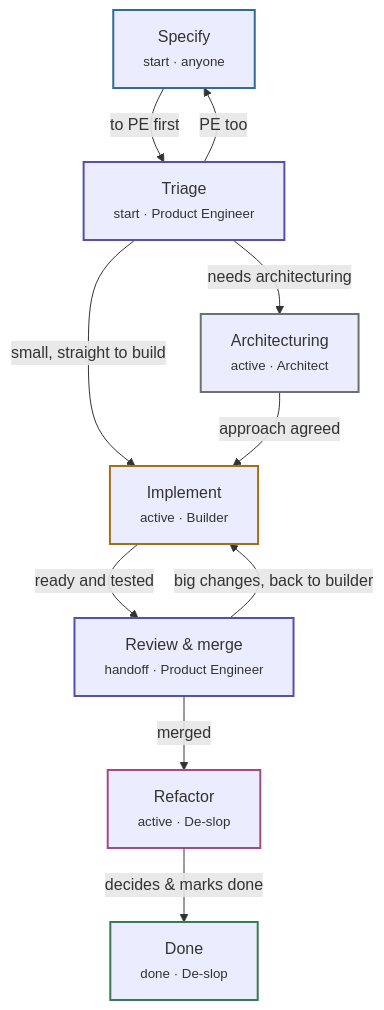
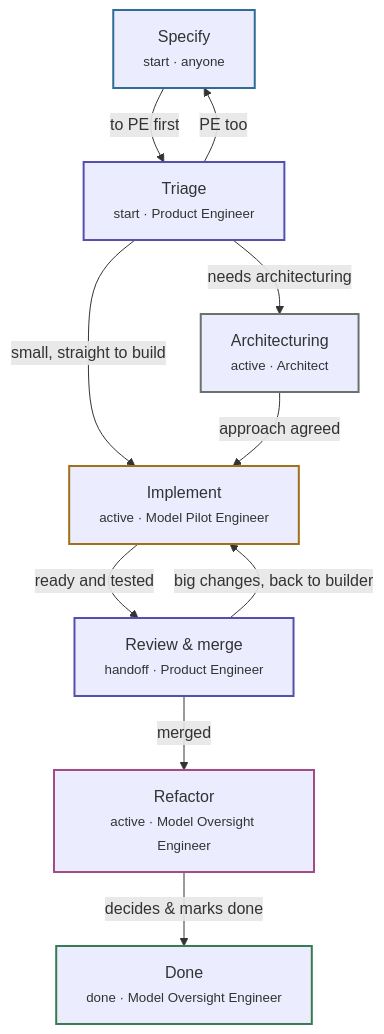
One commit to kashmithnisakya/flowline changed the third of 3 diagrams in docs/content/concepts/flow-lines.md. Above: the diagram before and after it, drawn with Mermaid. The commit also changed other lines of this file and 4 other files, not shown here.

First line of the commit message:
Rename the Builder and De-slop roles

````diff
--- a/docs/content/concepts/flow-lines.md
+++ b/docs/content/concepts/flow-lines.md
@@ -126,33 +126,33 @@
 ```mermaid
 flowchart TB
     S["Specify<br/><small>start · anyone</small>"]
     T["Triage<br/><small>start · Product Engineer</small>"]
     A["Architecturing<br/><small>active · Architect</small>"]
-    I["Implement<br/><small>active · Builder</small>"]
+    I["Implement<br/><small>active · Model Pilot Engineer</small>"]
     R["Review #amp; merge<br/><small>handoff · Product Engineer</small>"]
-    F["Refactor<br/><small>active · De-slop</small>"]
-    D["Done<br/><small>done · De-slop</small>"]
+    F["Refactor<br/><small>active · Model Oversight Engineer</small>"]
+    D["Done<br/><small>done · Model Oversight Engineer</small>"]
 
     S -- "to PE first" --> T
     T -- "PE too" --> S
     T -- "needs architecturing" --> A
     T -- "small, straight to build" --> I
     A -- "approach agreed" --> I
     I -- "ready and tested" --> R
     R -- "big changes, back to builder" --> I
     R -- "merged" --> F
     F -- "decides #amp; marks done" --> D
 
     classDef sky stroke:#2e6c97,stroke-width:2px
     classDef indigo stroke:#5550ac,stroke-width:2px
     classDef slate stroke:#6a726e,stroke-width:2px
     classDef amber stroke:#a1711a,stroke-width:2px
     classDef rose stroke:#a34b83,stroke-width:2px
     classDef emerald stroke:#387a51,stroke-width:2px
     class S sky
     class T,R indigo
     class A slate
     class I amber
     class F rose
     class D emerald
 ```
````
